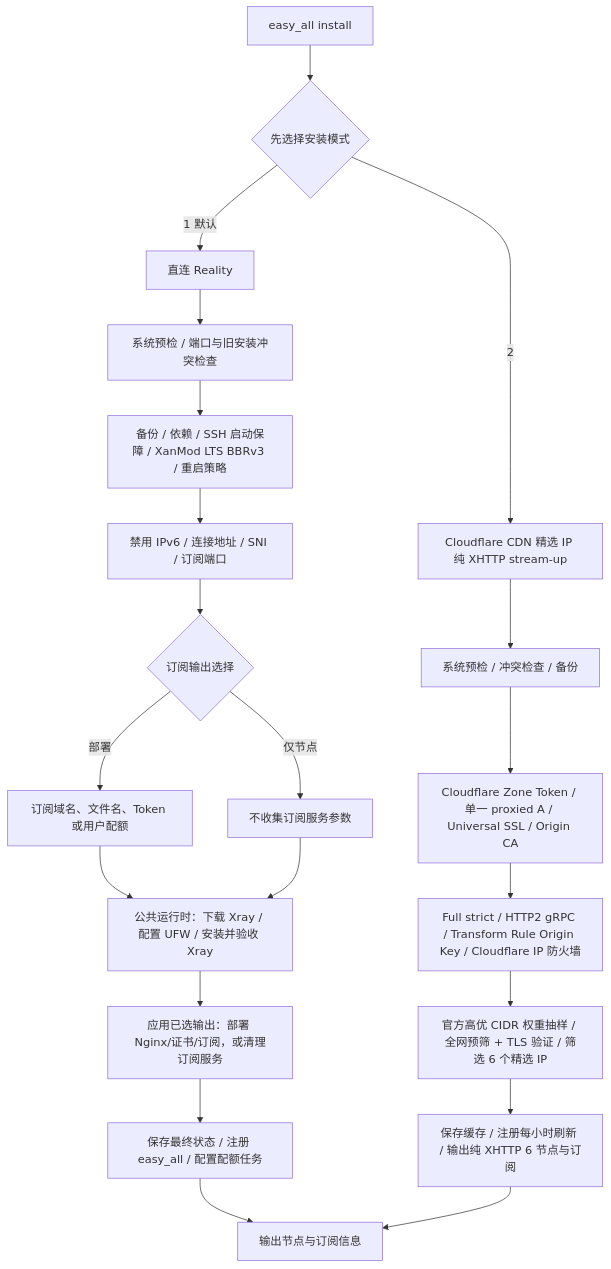
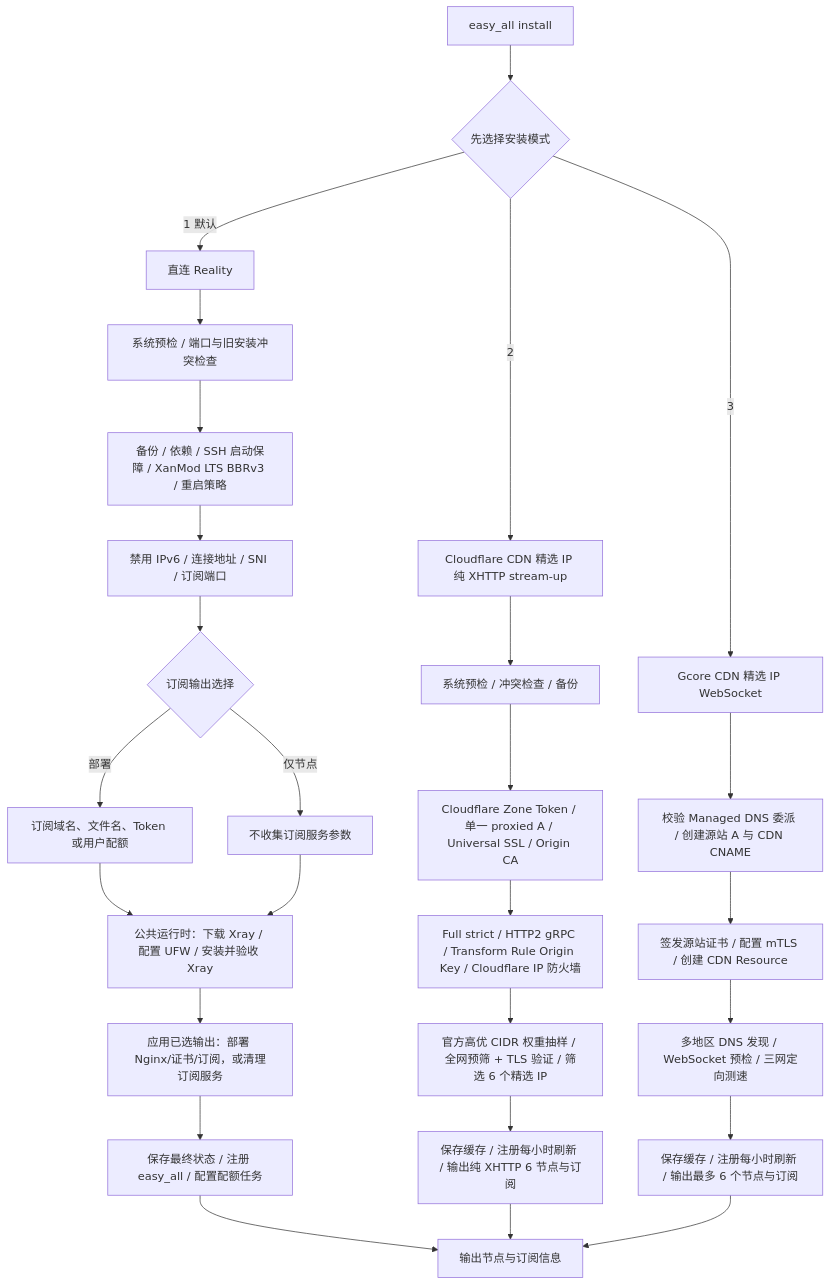
Before and after one commit to v2yiz/easy_all: the diagram in README.md, drawn with Mermaid. The commit also changed other lines of this file and 26 other files, not shown here.

````diff
--- a/README.md
+++ b/README.md
@@ -251,25 +251,32 @@
 ```mermaid
 flowchart TD
     A[easy_all install] --> B{先选择安装模式}
 
     B -->|1 默认| R0[直连 Reality]
     R0 --> R1[系统预检 / 端口与旧安装冲突检查]
     R1 --> R2[备份 / 依赖 / SSH 启动保障 / XanMod LTS BBRv3 / 重启策略]
     R2 --> R3[禁用 IPv6 / 连接地址 / SNI / 订阅端口]
     R3 --> R4{订阅输出选择}
     R4 -->|部署| R5[订阅域名、文件名、Token 或用户配额]
     R4 -->|仅节点| R6[不收集订阅服务参数]
     R5 --> R7[公共运行时：下载 Xray / 配置 UFW / 安装并验收 Xray]
     R6 --> R7
     R7 --> R8[应用已选输出：部署 Nginx/证书/订阅，或清理订阅服务]
     R8 --> R9[保存最终状态 / 注册 easy_all / 配置配额任务]
     R9 --> Z[输出节点与订阅信息]
 
     B -->|2| C0[Cloudflare CDN 精选 IP 纯 XHTTP stream-up]
     C0 --> C1[系统预检 / 冲突检查 / 备份]
     C1 --> C2[Cloudflare Zone Token / 单一 proxied A / Universal SSL / Origin CA]
     C2 --> C3[Full strict / HTTP2 gRPC / Transform Rule Origin Key / Cloudflare IP 防火墙]
     C3 --> C4[官方高优 CIDR 权重抽样 / 全网预筛 + TLS 验证 / 筛选 6 个精选 IP]
     C4 --> C5[保存缓存 / 注册每小时刷新 / 输出纯 XHTTP 6 节点与订阅]
     C5 --> Z
+
+    B -->|3| G0[Gcore CDN 精选 IP WebSocket]
+    G0 --> G1[校验 Managed DNS 委派 / 创建源站 A 与 CDN CNAME]
+    G1 --> G2[签发源站证书 / 配置 mTLS / 创建 CDN Resource]
+    G2 --> G3[多地区 DNS 发现 / WebSocket 预检 / 三网定向测速]
+    G3 --> G4[保存缓存 / 注册每小时刷新 / 输出最多 6 个节点与订阅]
+    G4 --> Z
 ```
````
